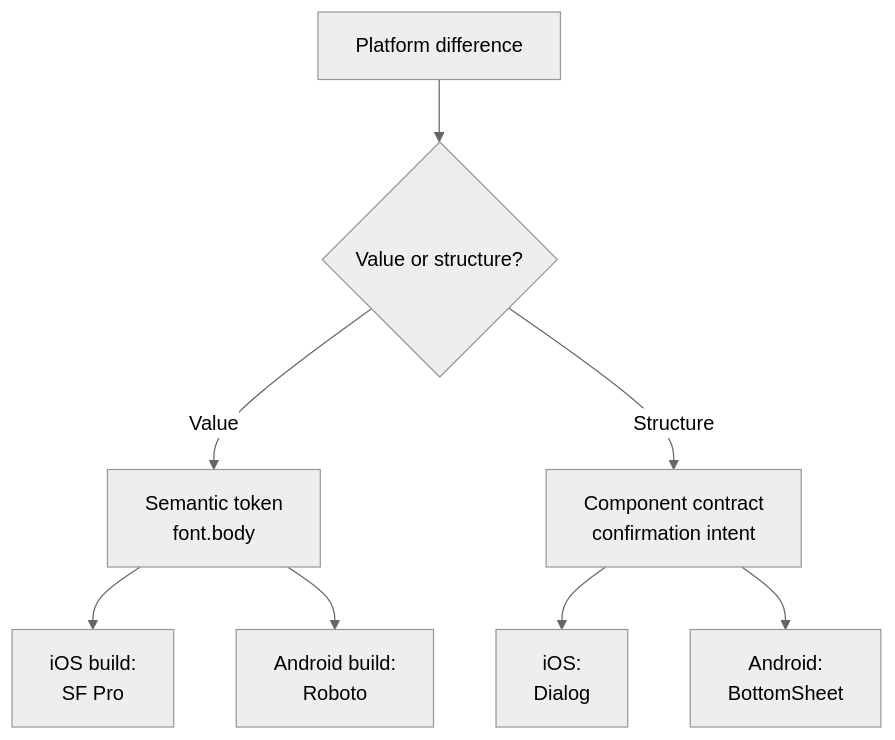
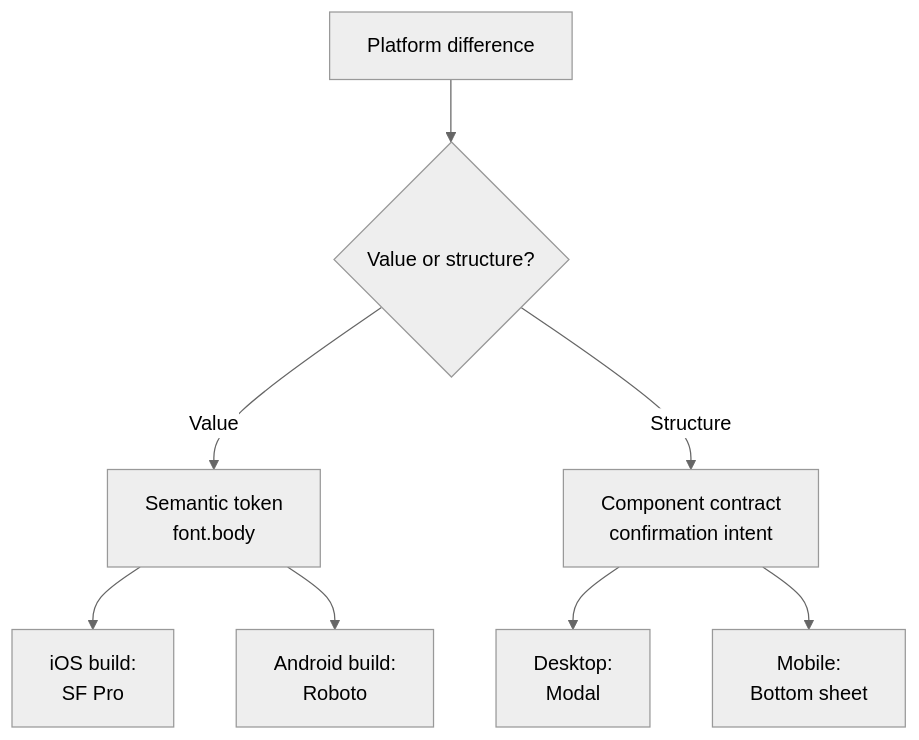
The diagram in src/content/docs/platform-divergence.md (F4cu/ds101), drawn with Mermaid (neutral theme) before and after one commit. The commit also changed other lines of this file and 1 other file, not shown here.

First line of the commit message:
Add modal vs bottom sheet contract example to Platform Divergence

````diff
--- a/src/content/docs/platform-divergence.md
+++ b/src/content/docs/platform-divergence.md
@@ -25,10 +25,10 @@
 ```mermaid
 flowchart TD
   Diff["Platform difference"] --> Q{Value or structure?}
   Q -->|Value| T["Semantic token<br/>font.body"]
   T --> iOS1["iOS build:<br/>SF Pro"]
   T --> And1["Android build:<br/>Roboto"]
   Q -->|Structure| C["Component contract<br/>confirmation intent"]
-  C --> iOS2["iOS:<br/>Dialog"]
-  C --> And2["Android:<br/>BottomSheet"]
+  C --> Desk["Desktop:<br/>Modal"]
+  C --> Mob["Mobile:<br/>Bottom sheet"]
 ```
````
